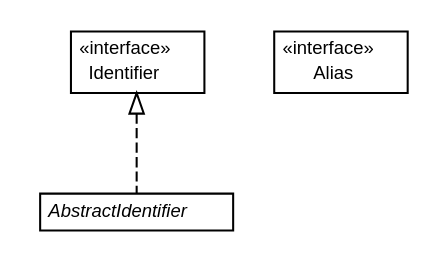
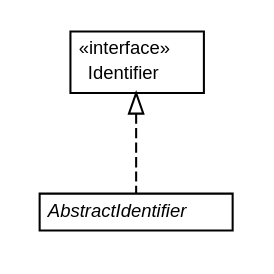
Before and after one commit to willmorejg/net.ljcomputing.sql: the diagram in docs/javadoc/apidocs/net/ljcomputing/sql/identifier/net.ljcomputing.sql.identifier.dot, drawn with Graphviz. The commit also changed 308 other files, not shown here.

```diff
--- a/docs/javadoc/apidocs/net/ljcomputing/sql/identifier/net.ljcomputing.sql.identifier.dot
+++ b/docs/javadoc/apidocs/net/ljcomputing/sql/identifier/net.ljcomputing.sql.identifier.dot
@@ -1,34 +1,27 @@
 #!/usr/local/bin/dot
 #
 # Class diagram 
 # Generated by UMLGraph version R5_6 (http://www.umlgraph.org/)
 #
 
 digraph G {
 	edge [fontname="Helvetica",fontsize=10,labelfontname="Helvetica",labelfontsize=10];
 	node [fontname="Helvetica",fontsize=10,shape=plaintext];
 	nodesep=0.25;
 	ranksep=0.5;
 	// net.ljcomputing.sql.identifier.AbstractIdentifier
-	c193 [label=<<table title="net.ljcomputing.sql.identifier.AbstractIdentifier" border="0" cellborder="1" cellspacing="0" cellpadding="2" port="p" href="./AbstractIdentifier.html">
+	c162 [label=<<table title="net.ljcomputing.sql.identifier.AbstractIdentifier" border="0" cellborder="1" cellspacing="0" cellpadding="2" port="p" href="./AbstractIdentifier.html">
 		<tr><td><table border="0" cellspacing="0" cellpadding="1">
 <tr><td align="center" balign="center"><font face="Helvetica-Oblique"> AbstractIdentifier </font></td></tr>
 		</table></td></tr>
 		</table>>, URL="./AbstractIdentifier.html", fontname="Helvetica", fontcolor="black", fontsize=9.0];
 	// net.ljcomputing.sql.identifier.Identifier
-	c194 [label=<<table title="net.ljcomputing.sql.identifier.Identifier" border="0" cellborder="1" cellspacing="0" cellpadding="2" port="p" href="./Identifier.html">
+	c163 [label=<<table title="net.ljcomputing.sql.identifier.Identifier" border="0" cellborder="1" cellspacing="0" cellpadding="2" port="p" href="./Identifier.html">
 		<tr><td><table border="0" cellspacing="0" cellpadding="1">
 <tr><td align="center" balign="center"> &#171;interface&#187; </td></tr>
 <tr><td align="center" balign="center"> Identifier </td></tr>
 		</table></td></tr>
 		</table>>, URL="./Identifier.html", fontname="Helvetica", fontcolor="black", fontsize=9.0];
-	// net.ljcomputing.sql.identifier.Alias
-	c195 [label=<<table title="net.ljcomputing.sql.identifier.Alias" border="0" cellborder="1" cellspacing="0" cellpadding="2" port="p" href="./Alias.html">
-		<tr><td><table border="0" cellspacing="0" cellpadding="1">
-<tr><td align="center" balign="center"> &#171;interface&#187; </td></tr>
-<tr><td align="center" balign="center"> Alias </td></tr>
-		</table></td></tr>
-		</table>>, URL="./Alias.html", fontname="Helvetica", fontcolor="black", fontsize=9.0];
 	//net.ljcomputing.sql.identifier.AbstractIdentifier implements net.ljcomputing.sql.identifier.Identifier
-	c194:p -> c193:p [dir=back,arrowtail=empty,style=dashed];
+	c163:p -> c162:p [dir=back,arrowtail=empty,style=dashed];
 }
```
